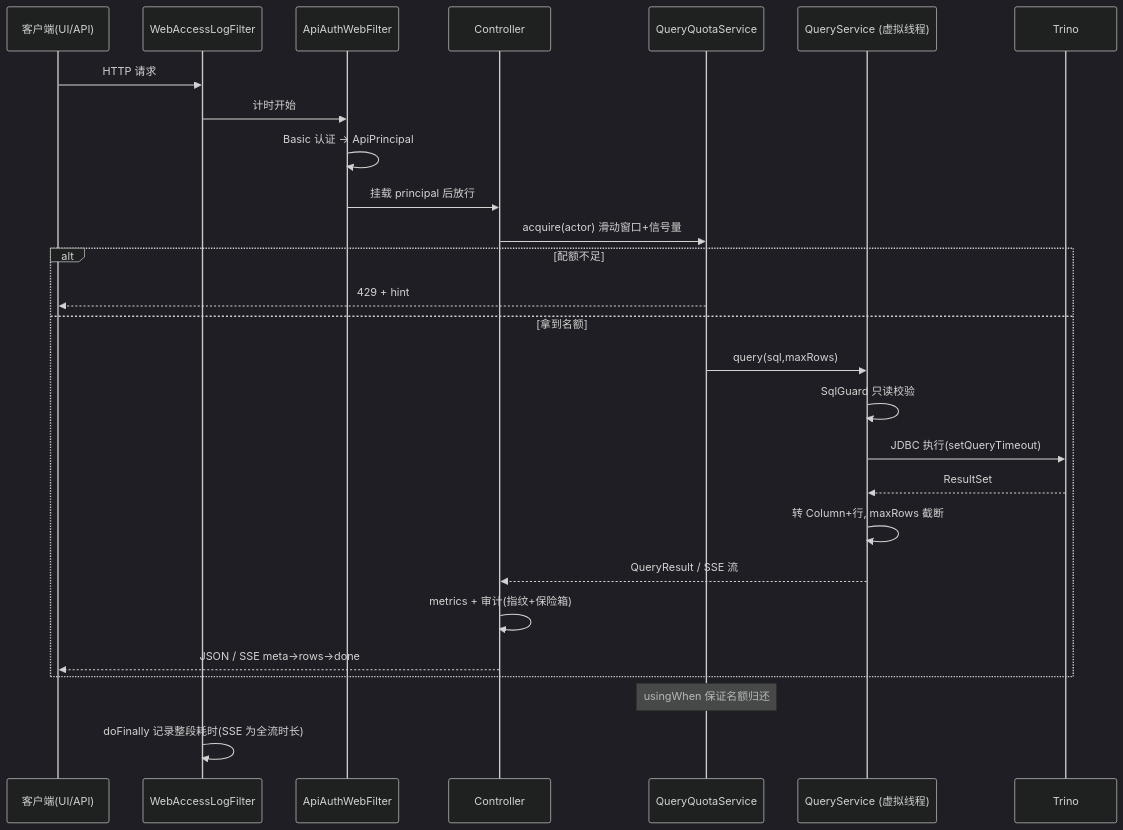
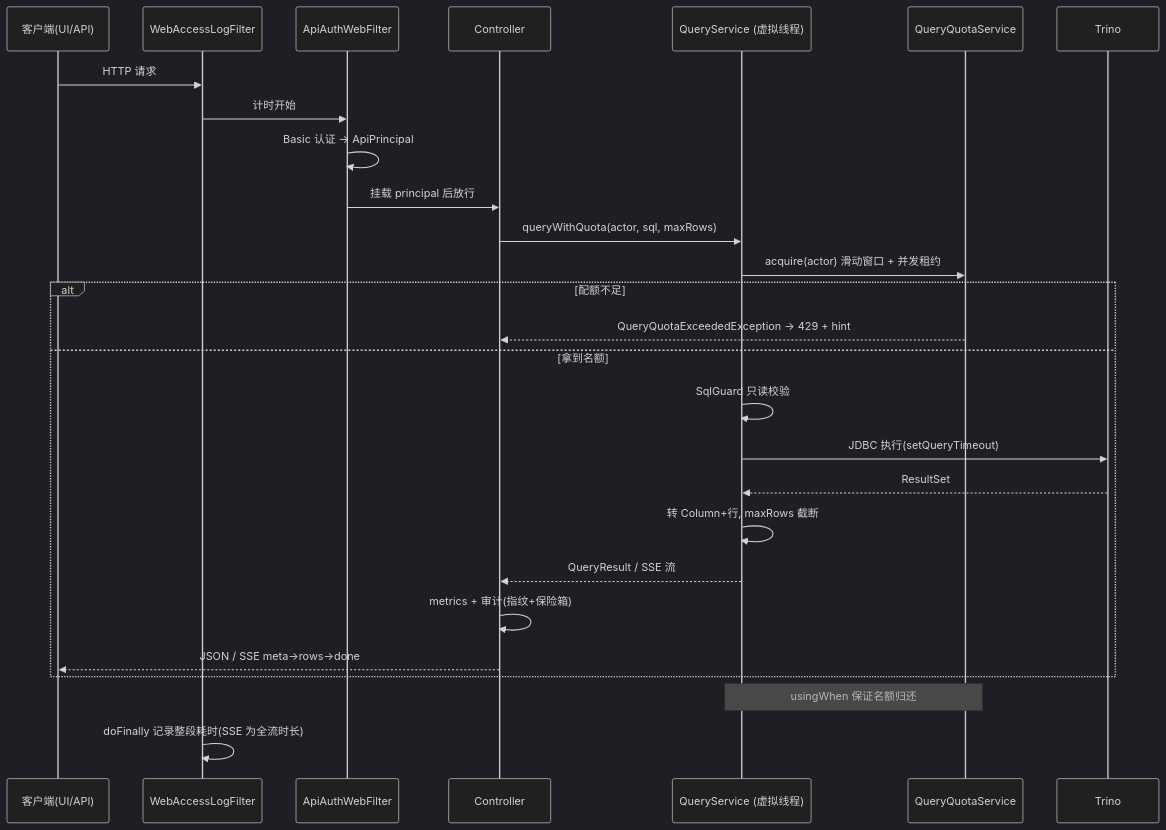
One commit to leishu/data-demo changed the fourth of 13 diagrams in docs/lakehouse-demo/概要设计-lakehouse-demo.md. Above: the diagram before and after it, drawn with Mermaid (dark theme). The commit also changed other lines of this file and 13 other files, not shown here.

````diff
--- a/docs/lakehouse-demo/概要设计-lakehouse-demo.md
+++ b/docs/lakehouse-demo/概要设计-lakehouse-demo.md
@@ -275,30 +275,30 @@
 ```mermaid
 sequenceDiagram
     participant C as 客户端(UI/API)
     participant W as WebAccessLogFilter
     participant A as ApiAuthWebFilter
     participant Ctl as Controller
+    participant S as QueryService (虚拟线程)
     participant Q as QueryQuotaService
-    participant S as QueryService (虚拟线程)
     participant T as Trino
 
     C->>W: HTTP 请求
     W->>A: 计时开始
     A->>A: Basic 认证 → ApiPrincipal
     A->>Ctl: 挂载 principal 后放行
-    Ctl->>Q: acquire(actor) 滑动窗口+信号量
+    Ctl->>S: queryWithQuota(actor, sql, maxRows)
+    S->>Q: acquire(actor) 滑动窗口 + 并发租约
     alt 配额不足
-        Q-->>C: 429 + hint
+        Q-->>Ctl: QueryQuotaExceededException → 429 + hint
     else 拿到名额
-        Q->>S: query(sql,maxRows)
         S->>S: SqlGuard 只读校验
         S->>T: JDBC 执行(setQueryTimeout)
         T-->>S: ResultSet
         S->>S: 转 Column+行, maxRows 截断
         S-->>Ctl: QueryResult / SSE 流
         Ctl->>Ctl: metrics + 审计(指纹+保险箱)
         Ctl-->>C: JSON / SSE meta→rows→done
     end
-    Note over Q: usingWhen 保证名额归还
+    Note over S,Q: usingWhen 保证名额归还
     W->>W: doFinally 记录整段耗时(SSE 为全流时长)
 ```
````
